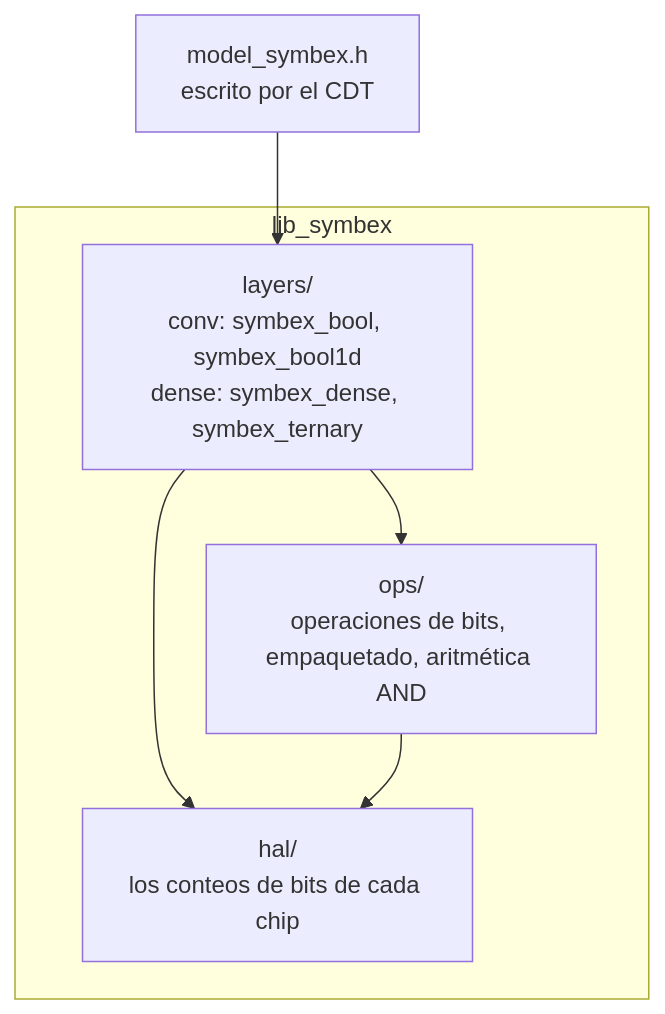
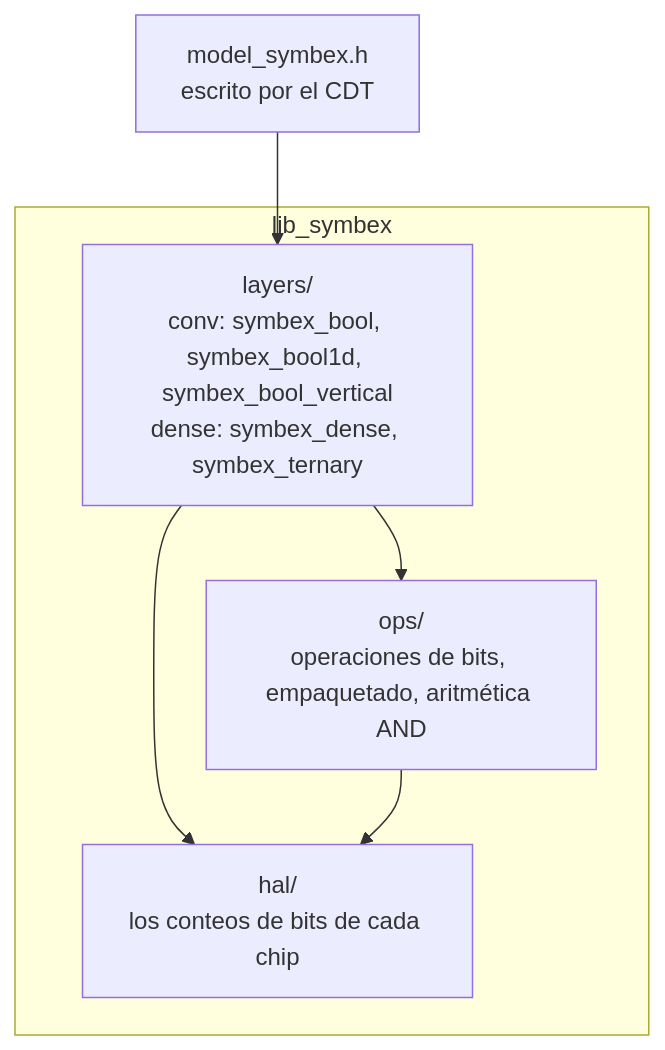
The diagram in docs/library.es.md (Eden-sudo/Symbex-1), drawn with Mermaid before and after one commit. The commit also changed other lines of this file and 30 other files, not shown here.

````diff
--- a/docs/library.es.md
+++ b/docs/library.es.md
@@ -35,12 +35,12 @@
 ```mermaid
 flowchart TB
     H[model_symbex.h<br/>escrito por el CDT] --> L
     subgraph lib_symbex
-        L[layers/<br/>conv: symbex_bool, symbex_bool1d<br/>dense: symbex_dense, symbex_ternary]
+        L[layers/<br/>conv: symbex_bool, symbex_bool1d, symbex_bool_vertical<br/>dense: symbex_dense, symbex_ternary]
         O[ops/<br/>operaciones de bits, empaquetado, aritmética AND]
         A[hal/<br/>los conteos de bits de cada chip]
         L --> O
         L --> A
         O --> A
     end
 ```
````
